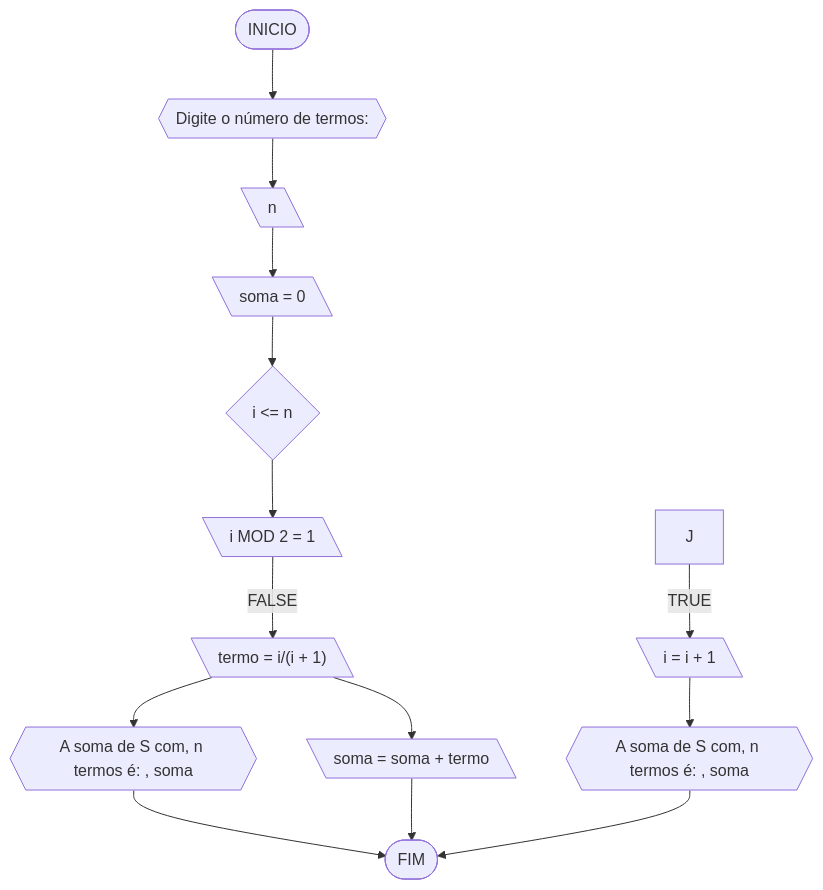
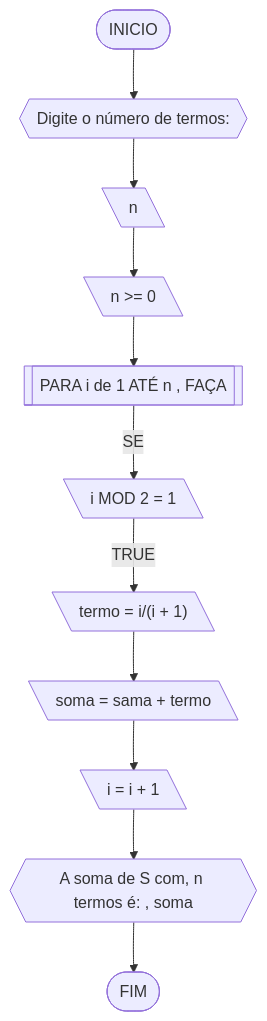
Before and after one commit to sdiogenes/unifor: the fourth of 7 diagrams in rra/Unidade1/AD1.md, drawn with Mermaid. The commit also changed other lines of this file, not shown here.

````diff
--- a/rra/Unidade1/AD1.md
+++ b/rra/Unidade1/AD1.md
@@ -200,17 +201,14 @@
 ```mermaid
 flowchart TD
 A([INICIO]) --> B{{"Digite o número de termos:"}}
 B --> C[\n\]
-C --> D[\soma = 0\]
-D --> E{i <= n}
-E --> F[\i MOD 2 = 1\]
-F --FALSE--> G[\"termo = i/(i + 1)"\]
-G --> H{{"A soma de S com, n termos é: ", soma}}
-H --> Z([FIM])
-G --> I[\soma = soma + termo\]
-I --> Z([FIM])
-J --TRUE--> L[\i = i + 1\]
-L --> M{{"A soma de S com, n termos é: ", soma}}
+C --> D[\n >= 0\]
+D --> E[[PARA i de 1 ATÉ n , FAÇA]]
+E --SE--> F[\i MOD 2 = 1\]
+F --TRUE--> G[\"termo = i/(i + 1)"\]
+G --> H[\soma = sama + termo\]
+H --> J[\i = i + 1\]
+J --> M{{"A soma de S com, n termos é: ", soma}}
 M --> Z([FIM])
 
 ```
````
